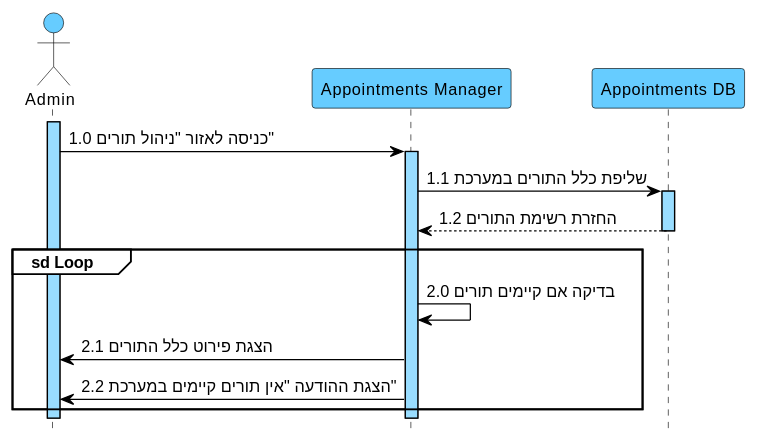
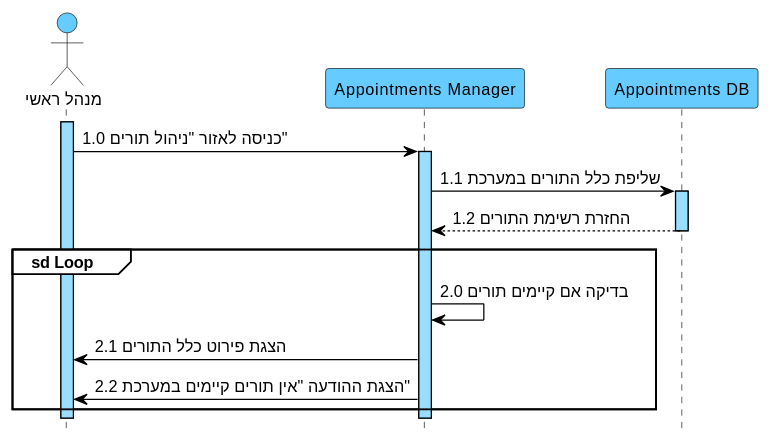
Before and after one commit to arielkaplan20/GOLDEN_HAIR_SALOAN: the diagram in docs/diagrams/puml/11-seq-suc11-ניהול-תורים.puml, drawn with PlantUML. The commit also changed 25 other files, not shown here.

```diff
--- a/docs/diagrams/puml/11-seq-suc11-ניהול-תורים.puml
+++ b/docs/diagrams/puml/11-seq-suc11-ניהול-תורים.puml
@@ -1,41 +1,41 @@
 @startuml
 hide footbox
 skinparam backgroundColor white
 skinparam defaultFontName Arial
 skinparam defaultFontSize 13
 skinparam sequence {
 ArrowColor black
 ArrowFontColor black
 ActorBorderColor black
 ActorBackgroundColor #66CCFF
 LifeLineBorderColor black
 LifeLineBackgroundColor #99DDFF
 ParticipantBorderColor black
 ParticipantBackgroundColor #66CCFF
 ParticipantFontColor black
 ParticipantFontSize 13
 GroupBorderColor black
 GroupBackgroundColor white
 GroupHeaderFontColor black
 }
 
-actor "Admin" as A
+actor "מנהל ראשי" as A
 participant "Appointments Manager" as AM
 participant "Appointments DB" as DB
 
 activate A
 A -> AM : 1.0 כניסה לאזור "ניהול תורים"
 activate AM
 AM -> DB : 1.1 שליפת כלל התורים במערכת
 activate DB
 DB --> AM : 1.2 החזרת רשימת התורים
 deactivate DB
 
 group sd Loop
 AM -> AM : 2.0 בדיקה אם קיימים תורים
 AM -> A : 2.1 הצגת פירוט כלל התורים
 AM -> A : 2.2 הצגת ההודעה "אין תורים קיימים במערכת"
 end
 deactivate AM
 deactivate A
 @enduml
```
